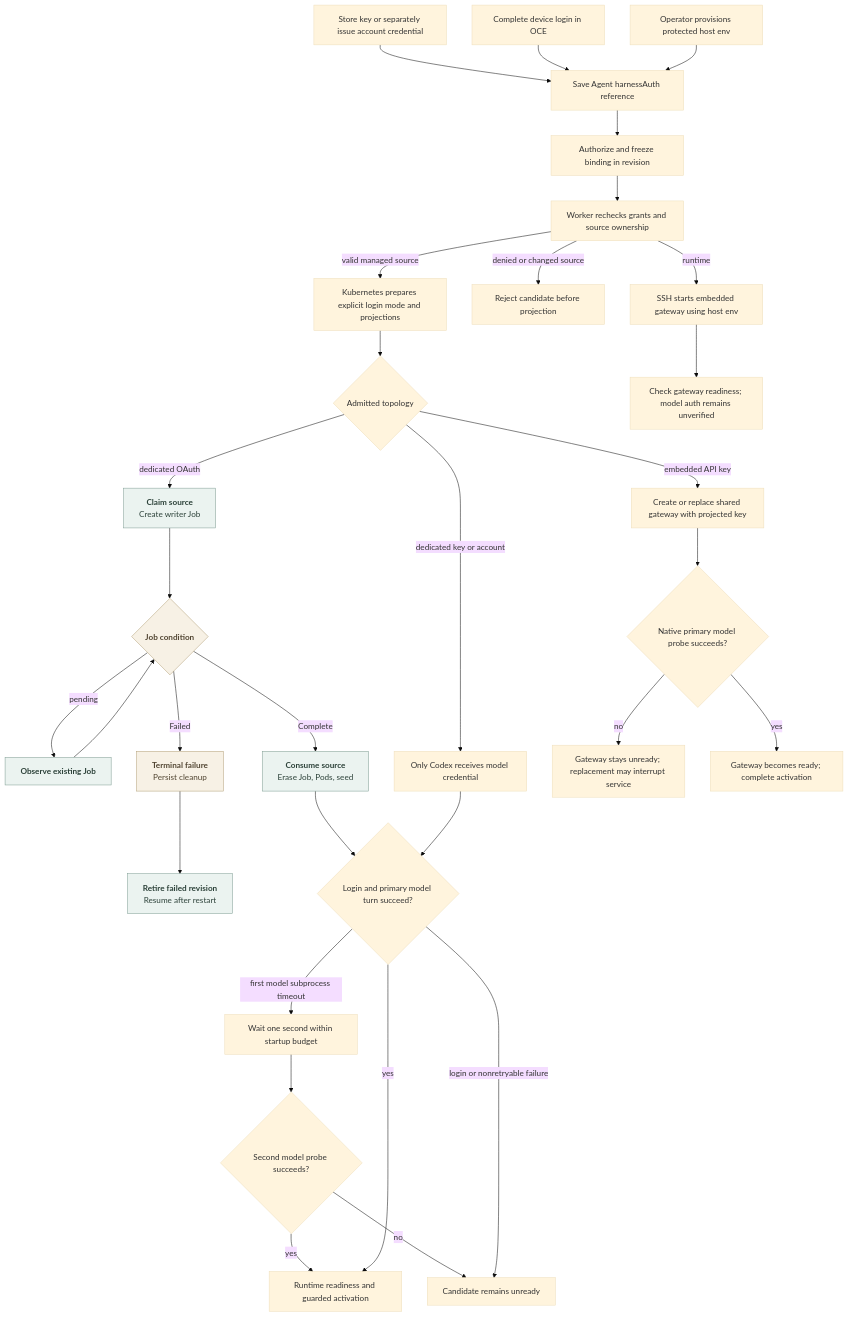
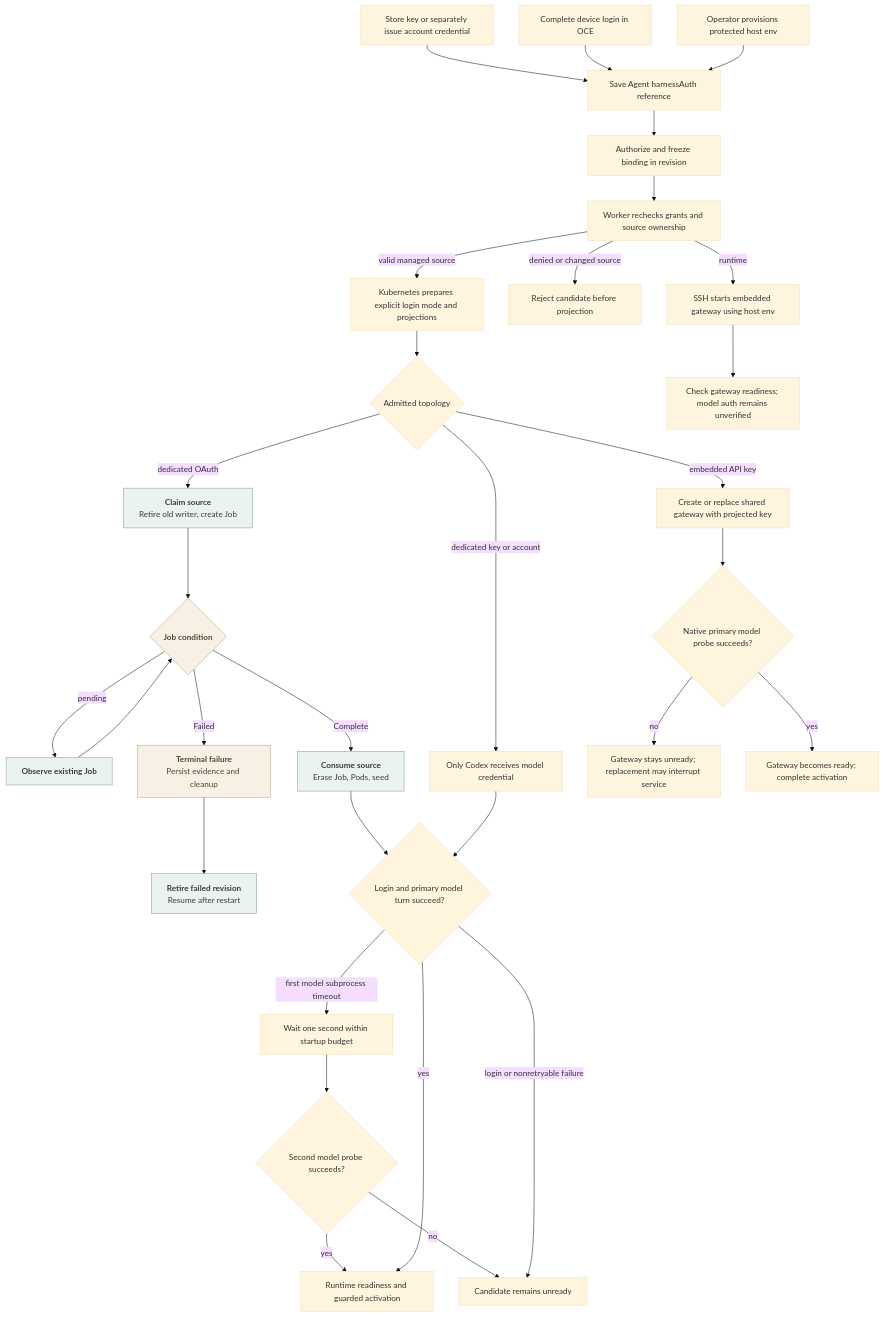
One commit to derekwaynecarr/openclaw-enterprise changed the diagram in docs/flows/native-service-account-credential-delivery.md. Above: the diagram before and after it, drawn with Mermaid (base theme). The commit also changed other lines of this file and 48 other files, not shown here.

````diff
--- a/docs/flows/native-service-account-credential-delivery.md
+++ b/docs/flows/native-service-account-credential-delivery.md
@@ -33,38 +31,38 @@
 ```mermaid
 graph TD
   A["Store key or separately issue account credential"] --> B["Save Agent harnessAuth reference"]
   DA["Complete device login in OCE"] --> B
-  G -->|dedicated OAuth| OA["<b>Claim source</b><br/>Create writer Job"]
+  G -->|dedicated OAuth| OA["<b>Claim source</b><br/>Retire old writer, create Job"]
   OA --> OC{"<b>Job condition</b>"}
   OC -->|pending| OP["<b>Observe existing Job</b>"]
   OP --> OC
   OC -->|Complete| OB["<b>Consume source</b><br/>Erase Job, Pods, seed"]
-  OC -->|Failed| OF["<b>Terminal failure</b><br/>Persist cleanup"]
+  OC -->|Failed| OF["<b>Terminal failure</b><br/>Persist evidence and cleanup"]
   OF --> OG["<b>Retire failed revision</b><br/>Resume after restart"]
   OB --> J
   R["Operator provisions protected host env"] --> B
   D -->|runtime| S["SSH starts embedded gateway using host env"]
   S --> T["Check gateway readiness; model auth remains unverified"]
   B --> C["Authorize and freeze binding in revision"]
   C --> D["Worker rechecks grants and source ownership"]
   D -->|denied or changed source| E["Reject candidate before projection"]
   D -->|valid managed source| F["Kubernetes prepares explicit login mode and projections"]
   F --> G{"Admitted topology"}
   G -->|embedded API key| H["Create or replace shared gateway with projected key"]
   G -->|dedicated key or account| I["Only Codex receives model credential"]
   I --> J{"Login and primary model turn succeed?"}
   J -->|first model subprocess timeout| P["Wait one second within startup budget"]
   P --> Q{"Second model probe succeeds?"}
   Q -->|yes| L
   Q -->|no| K["Candidate remains unready"]
   J -->|login or nonretryable failure| K
   J -->|yes| L["Runtime readiness and guarded activation"]
   H --> M{"Native primary model probe succeeds?"}
   M -->|no| N["Gateway stays unready; replacement may interrupt service"]
   M -->|yes| O["Gateway becomes ready; complete activation"]
 
   classDef operation fill:#EBF3F0,stroke:#7F9D93,color:#2B4038,stroke-width:1px
   classDef blocked fill:#F7F1E5,stroke:#B3A078,color:#514532,stroke-width:1px
   class OA,OP,OB,OG operation
   class OC,OF blocked
 ```
````
